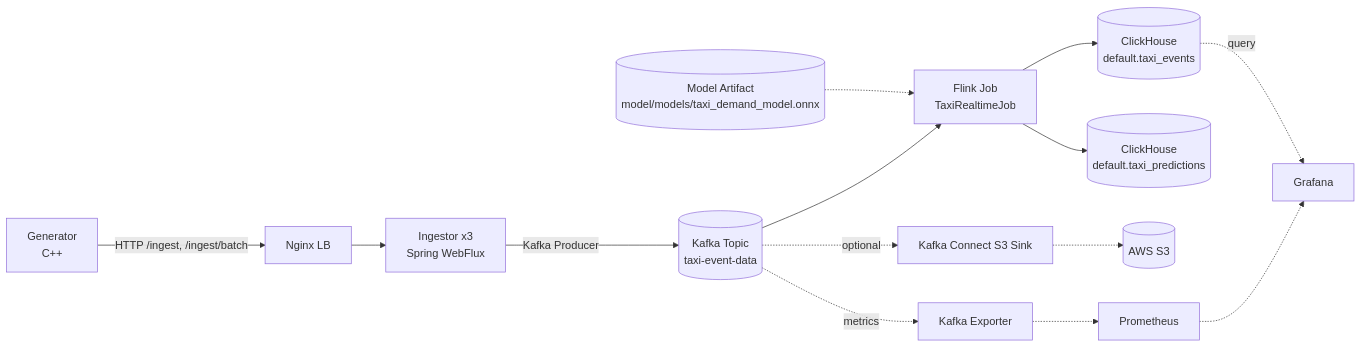
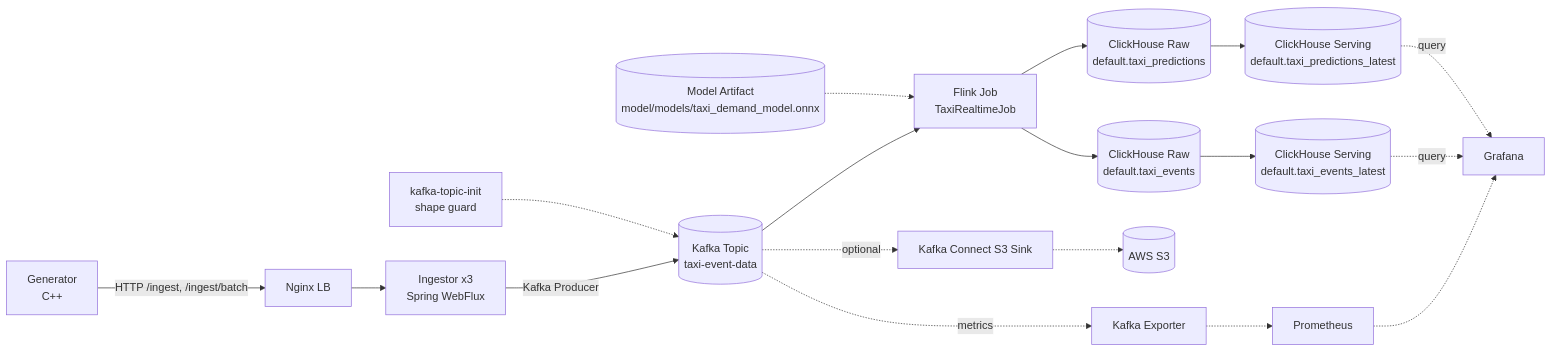
One commit to YBIGTA/27th-DE-WinterProject changed the diagram in docs/system-architecture.md. Above: the diagram before and after it, drawn with Mermaid. The commit also changed other lines of this file and 40 other files, not shown here.

````diff
--- a/docs/system-architecture.md
+++ b/docs/system-architecture.md
@@ -23,18 +23,22 @@
 ```mermaid
 flowchart LR
     A[Generator<br/>C++] -->|HTTP /ingest, /ingest/batch| B[Nginx LB]
     B --> C[Ingestor x3<br/>Spring WebFlux]
     C -->|Kafka Producer| D[(Kafka Topic<br/>taxi-event-data)]
+    T[kafka-topic-init<br/>shape guard] -.-> D
     D --> E[Flink Job<br/>TaxiRealtimeJob]
-    E --> F[(ClickHouse<br/>default.taxi_events)]
-    E --> F2[(ClickHouse<br/>default.taxi_predictions)]
+    E --> F[(ClickHouse Raw<br/>default.taxi_events)]
+    E --> F2[(ClickHouse Raw<br/>default.taxi_predictions)]
+    F --> FS[(ClickHouse Serving<br/>default.taxi_events_latest)]
+    F2 --> F2S[(ClickHouse Serving<br/>default.taxi_predictions_latest)]
     M[(Model Artifact<br/>model/models/taxi_demand_model.onnx)] -.-> E
 
     D -. optional .-> G[Kafka Connect S3 Sink]
     G -.-> H[(AWS S3)]
 
     D -. metrics .-> I[Kafka Exporter]
     I -.-> J[Prometheus]
     J -.-> K[Grafana]
-    F -. query .-> K
+    FS -. query .-> K
+    F2S -. query .-> K
 ```
````
